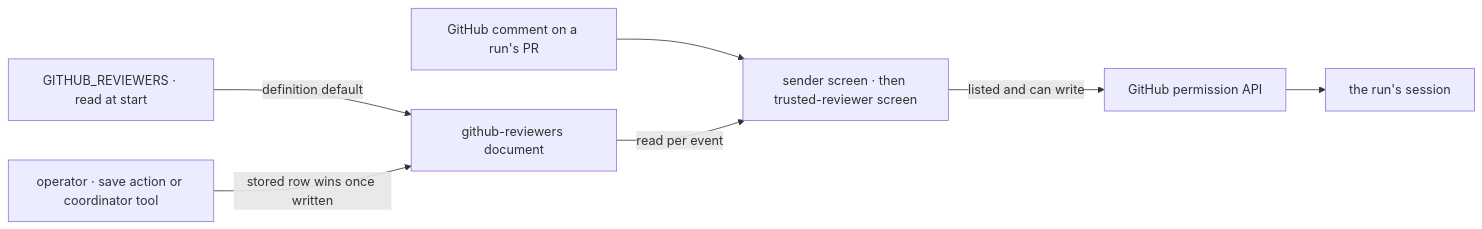
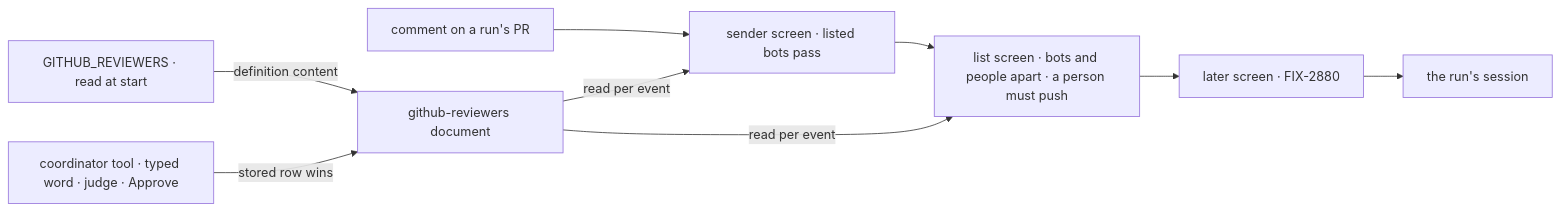
Before and after one commit to fixpoint-labs/flow-state-dev: the second of 2 diagrams in specs/issues/FIX-2873/SPEC.md, drawn with Mermaid. The commit also changed other lines of this file and 6 other files, not shown here.

First line of the commit message:
spec(FIX-2873): listed bots are heard; the coordinator tool is the only write

````diff
--- a/specs/issues/FIX-2873/SPEC.md
+++ b/specs/issues/FIX-2873/SPEC.md
@@ -97,9 +100,11 @@
 ```mermaid
 flowchart LR
-  V["GITHUB_REVIEWERS · read at start"] -->|"definition default"| D["github-reviewers document"]
-  O["operator · save action or coordinator tool"] -->|"stored row wins once written"| D
-  G["GitHub comment on a run's PR"] --> R["sender screen · then trusted-reviewer screen"]
-  D -->|"read per event"| R
-  R -->|"listed and can write"| W["GitHub permission API"]
-  W --> X["the run's session"]
+  V["GITHUB_REVIEWERS · read at start"] -->|"definition content"| D["github-reviewers document"]
+  T["coordinator tool · typed word · judge · Approve"] -->|"stored row wins"| D
+  G["comment on a run's PR"] --> S["sender screen · listed bots pass"]
+  D -->|"read per event"| S
+  S --> L["list screen · bots and people apart · a person must push"]
+  D -->|"read per event"| L
+  L --> N["later screen · FIX-2880"]
+  N --> X["the run's session"]
 ```
````
